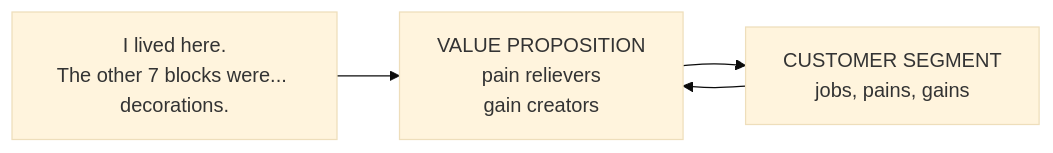
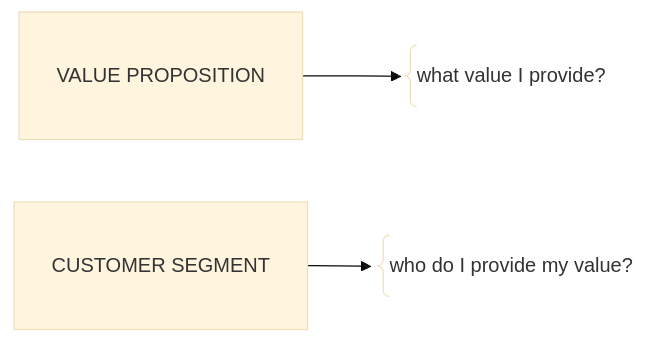
The diagram in src/content/blog/journey-to-entrepreneurship.mdx (AlfaPigeon/portfolio), drawn with Mermaid (base theme) before and after one commit. The commit also changed other lines of this file and 17 other files, not shown here.

````diff
--- a/src/content/blog/journey-to-entrepreneurship.mdx
+++ b/src/content/blog/journey-to-entrepreneurship.mdx
@@ -46,12 +65,11 @@
 ```mermaid
 flowchart LR
-    VP["VALUE PROPOSITION<br/>pain relievers<br/>gain creators"]
-    CS["CUSTOMER SEGMENT<br/>jobs, pains, gains"]
+    VP["<br/>VALUE PROPOSITION <br/><br/> "]
+    CS["<br/>CUSTOMER SEGMENT <br/><br/> "]
 
-    VP --> CS
-    CS --> VP
+    A@{ shape: comment, label: "what value I provide?" }
+    B@{ shape: comment, label: "who do I provide my value?" }
 
-    NOTE["I lived here.<br/>The other 7 blocks were... decorations."]
-
-    NOTE --> VP
+    VP --> A
+    CS --> B
 ```
````
